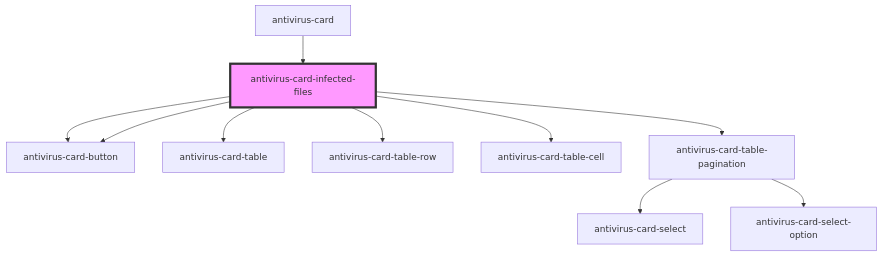
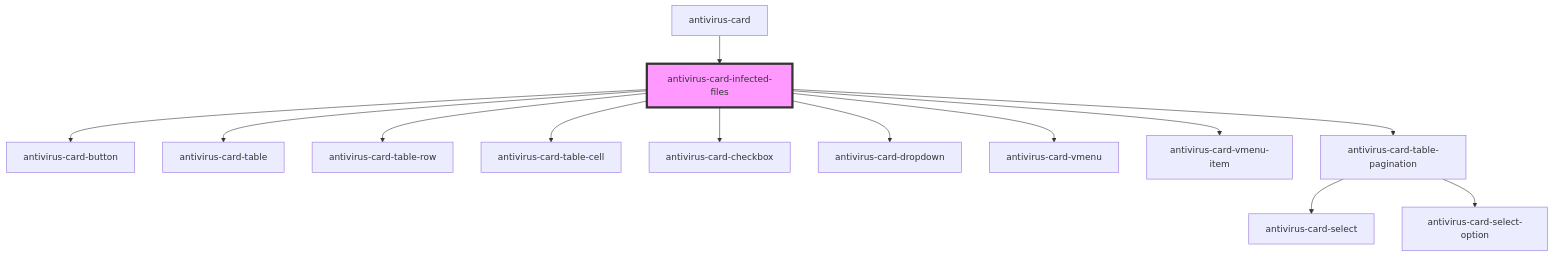
Before and after one commit to ispsystem/plugin-imunify: the diagram in client/packages/antivirus-card/src/components/infected-files/readme.md, drawn with Mermaid. The commit also changed other lines of this file and 28 other files, not shown here.

First line of the commit message:
wip(antivirus-card): 🚧 wait delete action (AS-1495)

````diff
--- a/client/packages/antivirus-card/src/components/infected-files/readme.md
+++ b/client/packages/antivirus-card/src/components/infected-files/readme.md
@@ -28,13 +32,16 @@
 ```mermaid
 graph TD;
   antivirus-card-infected-files --> antivirus-card-button
   antivirus-card-infected-files --> antivirus-card-table
   antivirus-card-infected-files --> antivirus-card-table-row
   antivirus-card-infected-files --> antivirus-card-table-cell
+  antivirus-card-infected-files --> antivirus-card-checkbox
+  antivirus-card-infected-files --> antivirus-card-dropdown
+  antivirus-card-infected-files --> antivirus-card-vmenu
+  antivirus-card-infected-files --> antivirus-card-vmenu-item
   antivirus-card-infected-files --> antivirus-card-table-pagination
-  antivirus-card-infected-files --> antivirus-card-button
   antivirus-card-table-pagination --> antivirus-card-select
   antivirus-card-table-pagination --> antivirus-card-select-option
   antivirus-card --> antivirus-card-infected-files
   style antivirus-card-infected-files fill:#f9f,stroke:#333,stroke-width:4px
 ```
````
